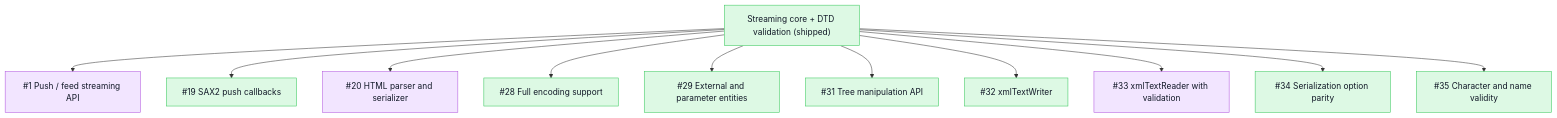
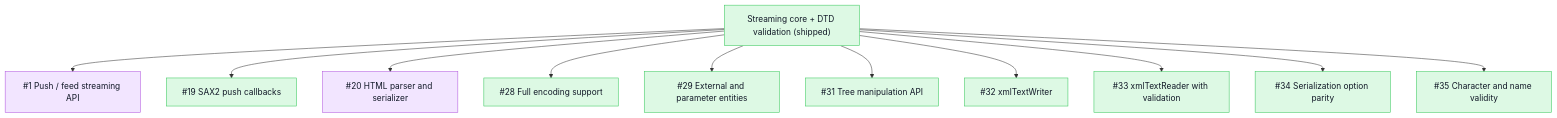
One commit to mihaelamj/PureXML changed the second of 5 diagrams in README.md. Above: the diagram before and after it, drawn with Mermaid. The commit also changed 4 other files, not shown here.

First line of the commit message:
feat(parse): xmlTextReader pull cursor

````diff
--- a/README.md
+++ b/README.md
@@ -52,28 +52,28 @@
 ```mermaid
 flowchart TB
   classDef done fill:#ddf9e4,stroke:#34c759,color:#111827
   classDef review fill:#fff7d6,stroke:#ffcc00,color:#111827
   classDef epic fill:#f2e5ff,stroke:#af52de,color:#111827
   classDef todo fill:#f2f4f7,stroke:#8e8e93,color:#111827
   Core["Streaming core + DTD validation (shipped)"]:::done
   Push["#1 Push / feed streaming API"]:::epic
   Sax["#19 SAX2 push callbacks"]:::done
   Html["#20 HTML parser and serializer"]:::epic
   Enc["#28 Full encoding support"]:::done
   Ent["#29 External and parameter entities"]:::done
   TreeApi["#31 Tree manipulation API"]:::done
   Writer["#32 xmlTextWriter"]:::done
-  Reader["#33 xmlTextReader with validation"]:::epic
+  Reader["#33 xmlTextReader with validation"]:::done
   Save["#34 Serialization option parity"]:::done
   Chars["#35 Character and name validity"]:::done
   Core --> Push
   Core --> Sax
   Core --> Html
   Core --> Enc
   Core --> Ent
   Core --> TreeApi
   Core --> Writer
   Core --> Reader
   Core --> Save
   Core --> Chars
 ```
````
